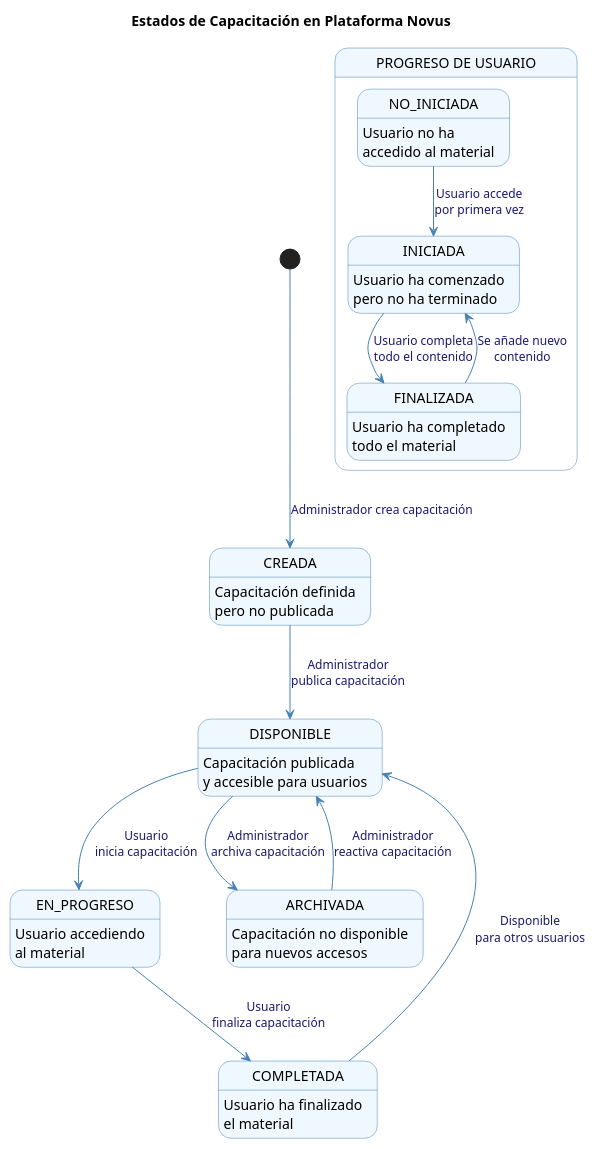
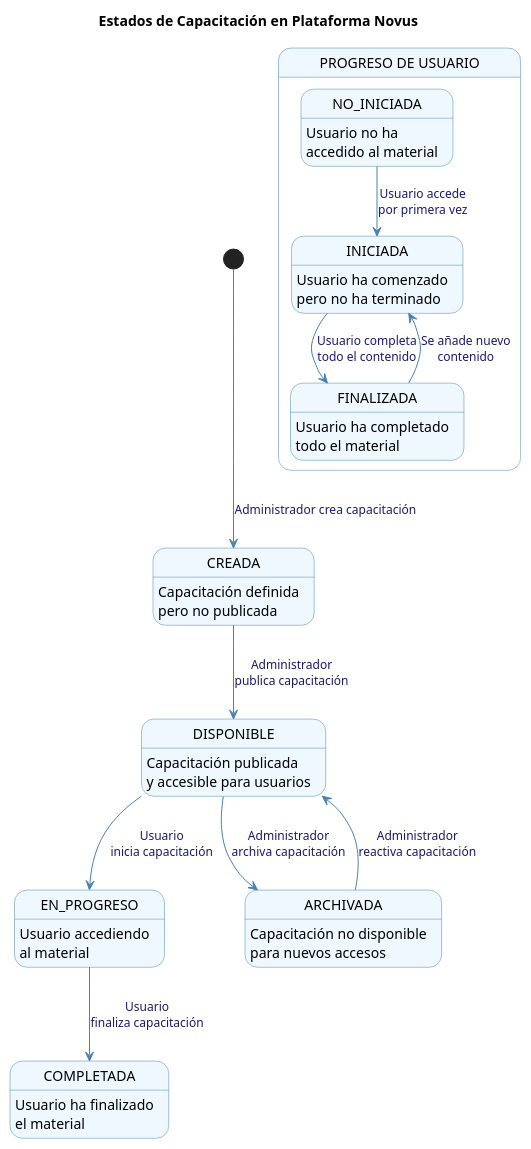
Before and after one commit to Dievex/24-25-IdSw1-SDR: the diagram in modelo_del_dominio/diagramas_de_estados/estados_capacitacion.puml, drawn with PlantUML. The commit also changed 3 other files, not shown here.

Commit message:
refactor(state-diagrams): rename NO_BECARIO to POSTULANTE and remove redundant transitions

```diff
--- a/modelo_del_dominio/diagramas_de_estados/estados_capacitacion.puml
+++ b/modelo_del_dominio/diagramas_de_estados/estados_capacitacion.puml
@@ -1,44 +1,42 @@
 @startuml Diagrama_de_Estados_Capacitacion
 skinparam {
     StateFontSize 14
     StateFontColor black
     StateBackgroundColor #f0f8ff
     StateBorderColor #4682b4
     ArrowColor #4682b4
     ArrowFontColor #191970
     ArrowFontSize 12
 }
 
 title Estados de Capacitación en Plataforma Novus
 
 [*] --> CREADA : Administrador crea capacitación
 
 state CREADA : Capacitación definida\npero no publicada
 state DISPONIBLE : Capacitación publicada\ny accesible para usuarios
 state EN_PROGRESO : Usuario accediendo\nal material
 state COMPLETADA : Usuario ha finalizado\nel material
 state ARCHIVADA : Capacitación no disponible\npara nuevos accesos
 
 CREADA --> DISPONIBLE : Administrador\npublica capacitación
 
 DISPONIBLE --> EN_PROGRESO : Usuario\ninicia capacitación
 
 EN_PROGRESO --> COMPLETADA : Usuario\nfinaliza capacitación
 
-COMPLETADA --> DISPONIBLE : Disponible\npara otros usuarios
-
 DISPONIBLE --> ARCHIVADA : Administrador\narchiva capacitación
 
 ARCHIVADA --> DISPONIBLE : Administrador\nreactiva capacitación
 
 state "PROGRESO DE USUARIO" as PROGRESO_USUARIO {
     state NO_INICIADA : Usuario no ha\naccedido al material
     state INICIADA : Usuario ha comenzado\npero no ha terminado
     state FINALIZADA : Usuario ha completado\ntodo el material
     
     NO_INICIADA --> INICIADA : Usuario accede\npor primera vez
     INICIADA --> FINALIZADA : Usuario completa\ntodo el contenido
     FINALIZADA --> INICIADA : Se añade nuevo\ncontenido
 }
 
 @enduml
```
